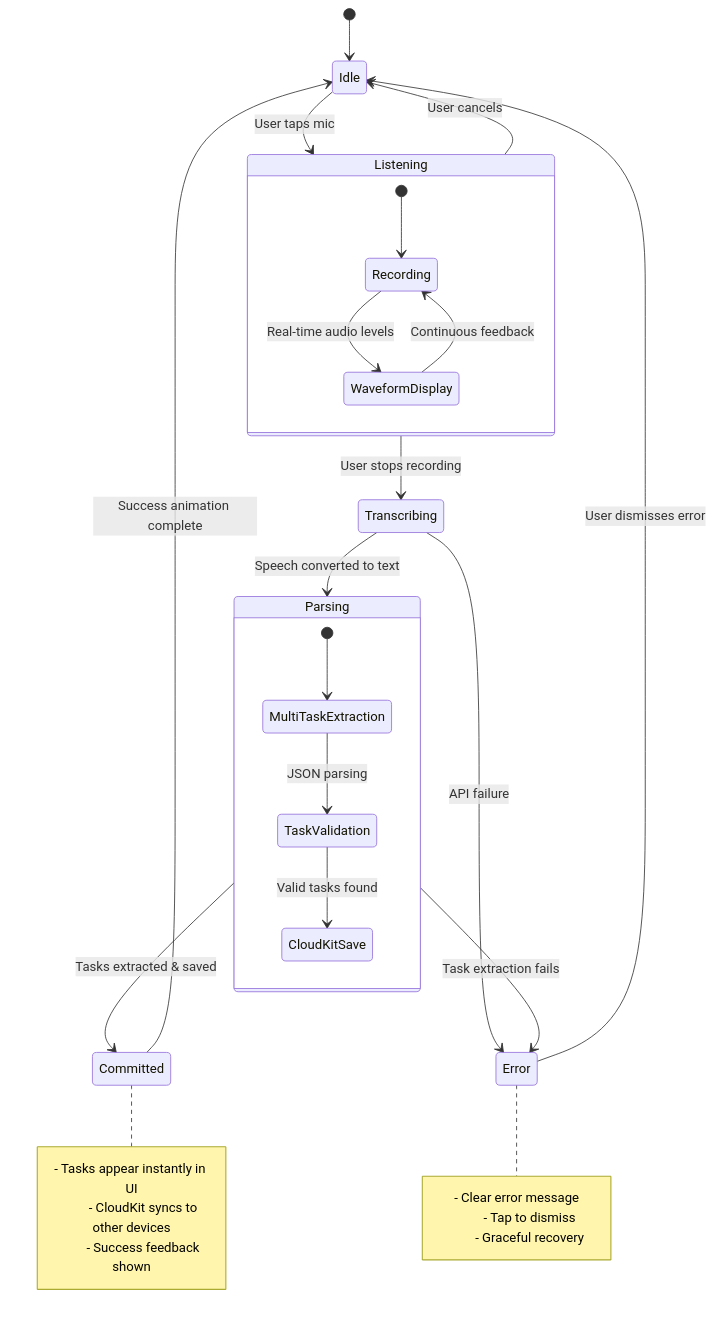
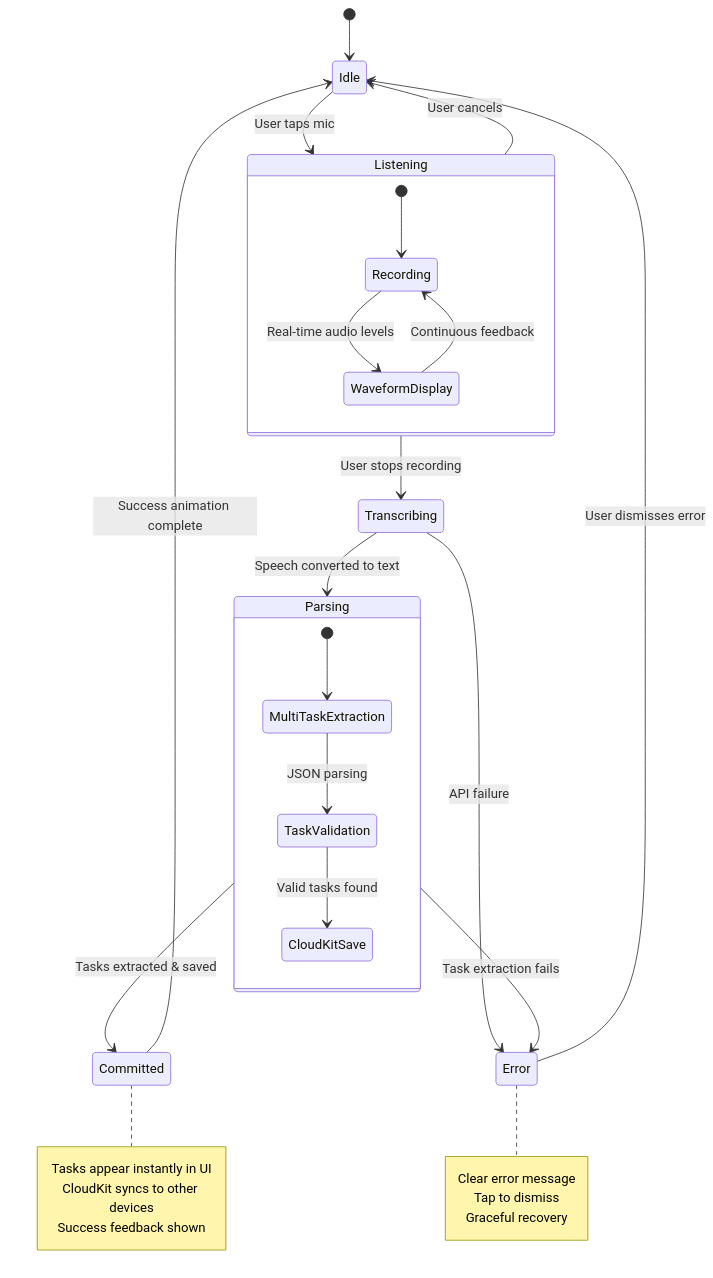
One commit to maschad96/ios-verbalist changed the fourth of 6 diagrams in README.md. Above: the diagram before and after it, drawn with Mermaid.

````diff
--- a/README.md
+++ b/README.md
@@ -155,39 +155,39 @@
 ```mermaid
 stateDiagram-v2
     [*] --> Idle
     
     Idle --> Listening : User taps mic
     Listening --> Transcribing : User stops recording
     Transcribing --> Parsing : Speech converted to text
     Parsing --> Committed : Tasks extracted & saved
     Committed --> Idle : Success animation complete
     
     Listening --> Idle : User cancels
     Transcribing --> Error : API failure
     Parsing --> Error : Task extraction fails
     Error --> Idle : User dismisses error
     
     state Listening {
         [*] --> Recording
         Recording --> WaveformDisplay : Real-time audio levels
         WaveformDisplay --> Recording : Continuous feedback
     }
     
     state Parsing {
         [*] --> MultiTaskExtraction
         MultiTaskExtraction --> TaskValidation : JSON parsing
         TaskValidation --> CloudKitSave : Valid tasks found
     }
     
     note right of Committed
-        - Tasks appear instantly in UI
-        - CloudKit syncs to other devices
-        - Success feedback shown
+        Tasks appear instantly in UI
+        CloudKit syncs to other devices
+        Success feedback shown
     end note
     
     note right of Error
-        - Clear error message
-        - Tap to dismiss
-        - Graceful recovery
+        Clear error message
+        Tap to dismiss
+        Graceful recovery
     end note
 ```
````
